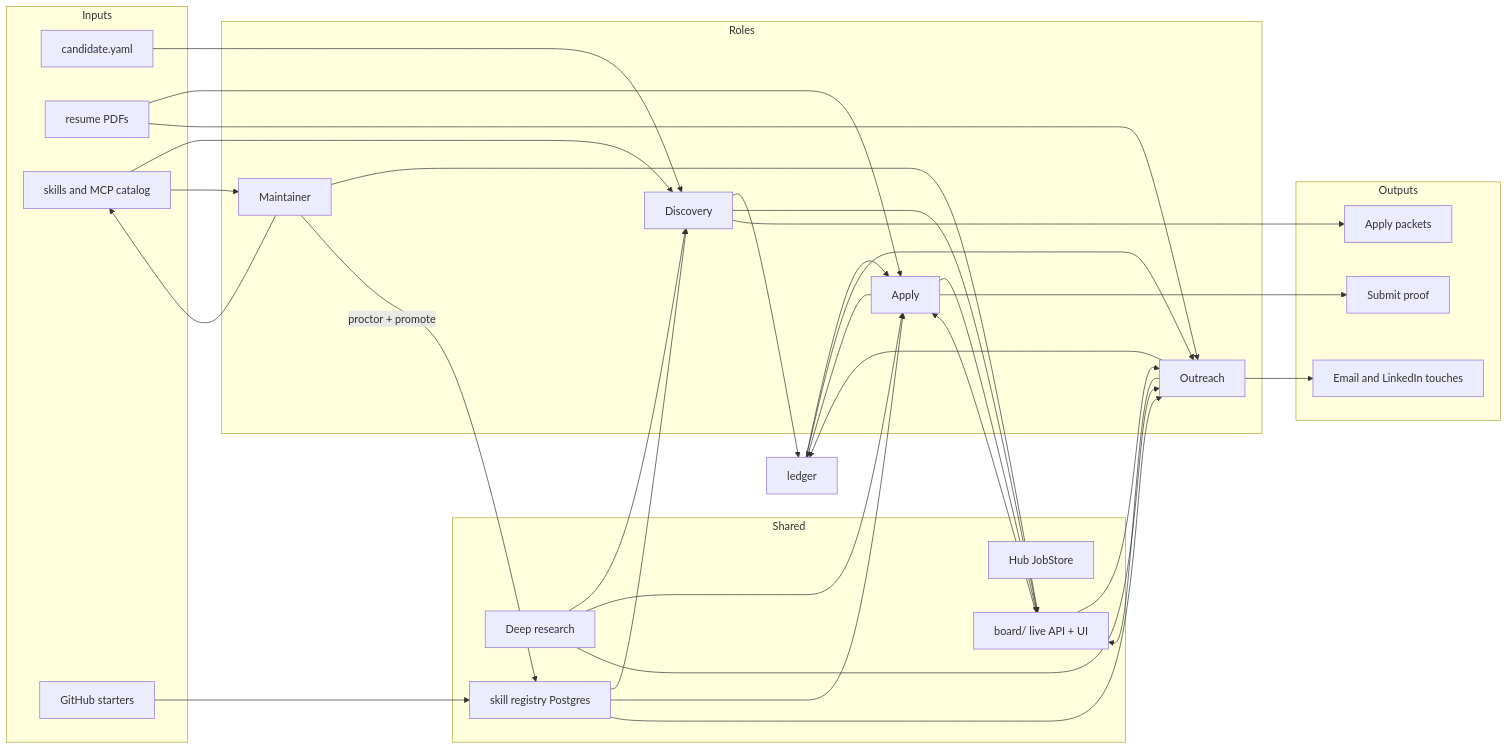
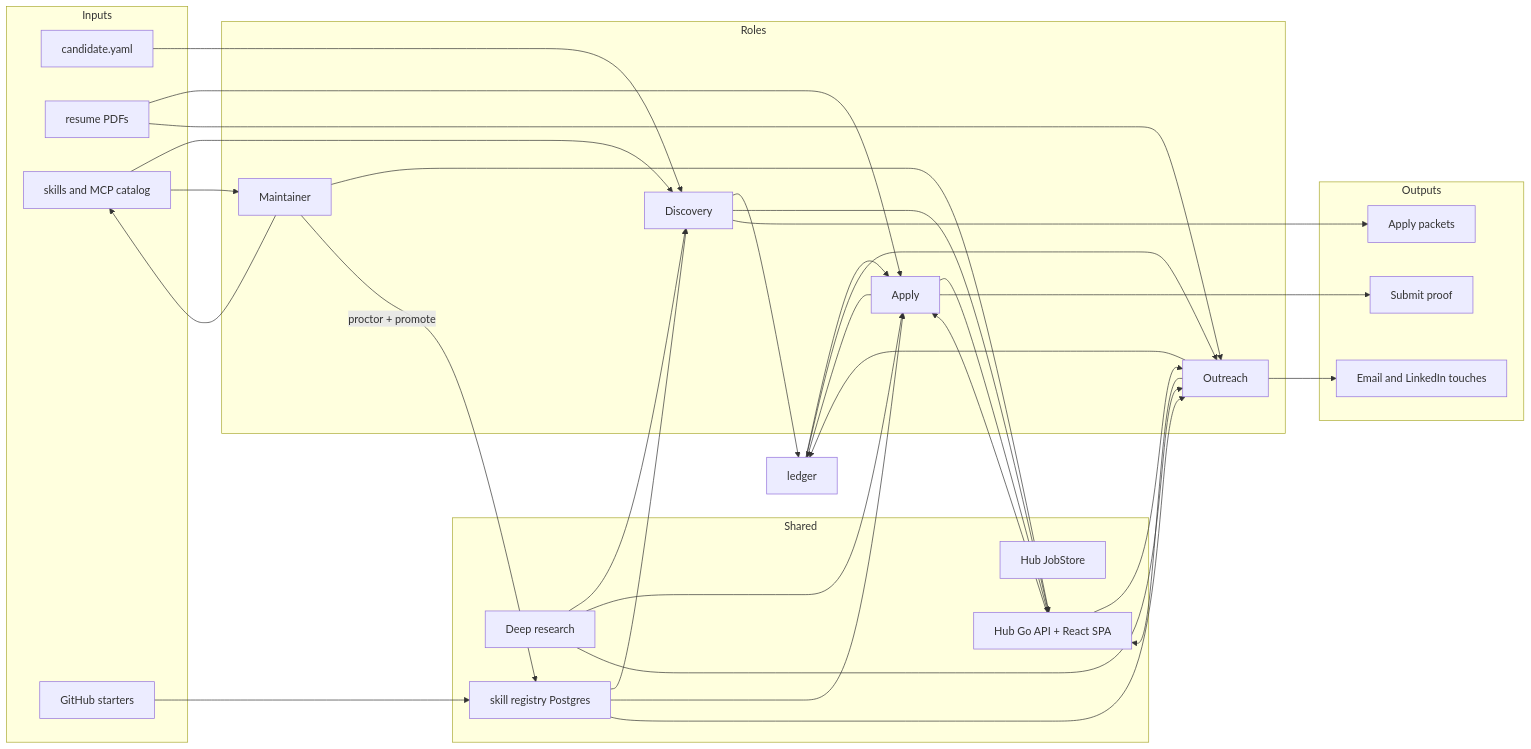
Before and after one commit to unownone/jobos: the first of 2 diagrams in docs/architecture.md, drawn with Mermaid. The commit also changed other lines of this file and 47 other files, not shown here.

First line of the commit message:
Drop unused board/ tree and relocate Hub secrets to .hub.

````diff
--- a/docs/architecture.md
+++ b/docs/architecture.md
@@ -16,58 +16,58 @@
 ```mermaid
 flowchart LR
   subgraph inputs [Inputs]
     candidate[candidate.yaml]
     resumes[resume PDFs]
     catalog[skills and MCP catalog]
     starters[GitHub starters]
   end
 
   subgraph roles [Roles]
     d[Discovery]
     a[Apply]
     o[Outreach]
     m[Maintainer]
   end
 
   subgraph shared [Shared]
     research[Deep research]
     store[Hub JobStore]
-    board[board/ live API + UI]
+    board[Hub Go API + React SPA]
     registry[skill registry Postgres]
   end
 
   subgraph outputs [Outputs]
     packets[Apply packets]
     proof[Submit proof]
     touches[Email and LinkedIn touches]
   end
 
   candidate --> d
   resumes --> a
   resumes --> o
   catalog --> d
   catalog --> m
   starters --> registry
   registry --> d
   registry --> a
   registry --> o
   m --> catalog
   m --> board
   m -->|"proctor + promote"| registry
   research --> d
   research --> a
   research --> o
   d --> ledger
   d --> board
   ledger --> a
   board --> a
   a --> ledger
   a --> board
   ledger --> o
   board --> o
   o --> ledger
   o --> board
   d --> packets
   a --> proof
   o --> touches
 ```
````
